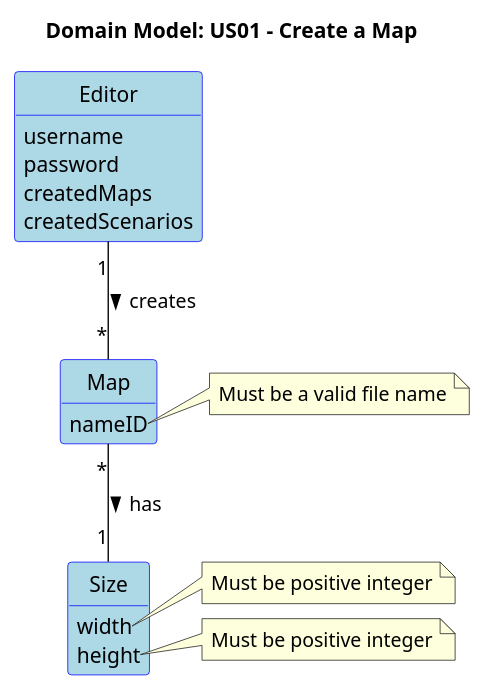
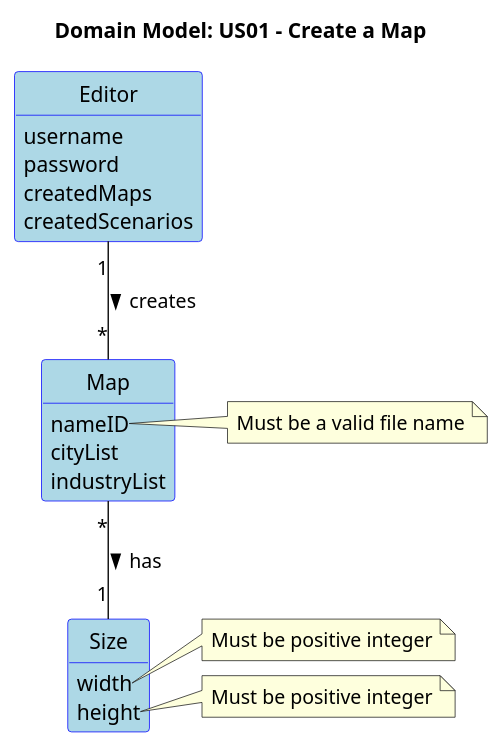
One commit to HenriqueSilva18/Railway-Network-Simulator changed the diagram in docs/system-documentation/Sprint 2/US01/02.analysis/puml/US01-DM.puml. Above: the diagram before and after it, drawn with PlantUML. The commit also changed 23 other files, not shown here.

```diff
--- a/docs/system-documentation/Sprint 2/US01/02.analysis/puml/US01-DM.puml
+++ b/docs/system-documentation/Sprint 2/US01/02.analysis/puml/US01-DM.puml
@@ -1,44 +1,46 @@
 @startuml
 skinparam shadowing false
 skinparam classAttributeIconSize 0
 skinparam class {
   BackgroundColor LightBlue
   BorderColor Blue
 }
 
 hide circle
 hide methods
 title Domain Model: US01 - Create a Map
 
 class Editor {
   username
   password
   createdMaps
   createdScenarios
 }
 
 class Map {
   nameID
+  cityList
+  industryList
 }
 
 class Size {
   width
   height
 }
 
 note right of Map::nameID
   Must be a valid file name
 end note
 
 note right of Size::width
   Must be positive integer
 end note
 
 note right of Size::height
   Must be positive integer
 end note
 
 Editor "1" -- "*" Map : creates >
 Map "*" -- "1" Size : has >
 
 @enduml
```
